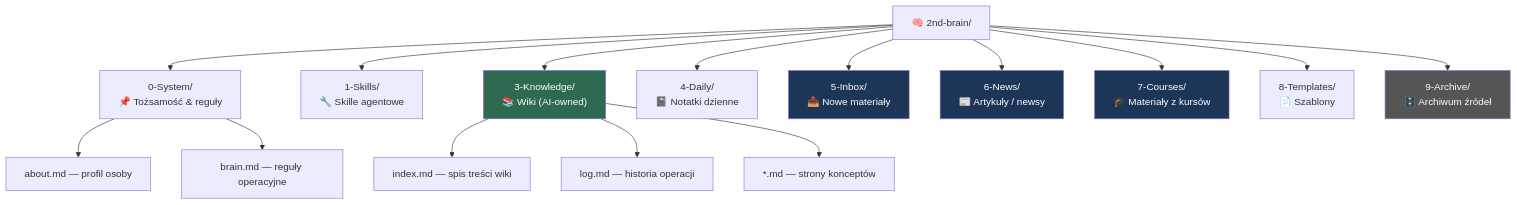
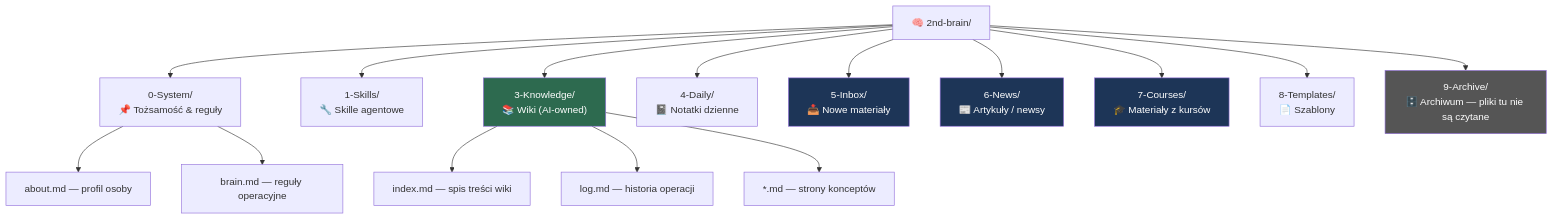
The first of 3 diagrams in 0-System/architecture-diagrams.md (lukasikgrzegorz/2nd-brain), drawn with Mermaid before and after one commit. The commit also changed other lines of this file and 3 other files, not shown here.

````diff
--- a/0-System/architecture-diagrams.md
+++ b/0-System/architecture-diagrams.md
@@ -5,27 +5,27 @@
 ```mermaid
 graph TD
     Brain["🧠 2nd-brain/"]
 
     Brain --> S0["0-System/\n📌 Tożsamość & reguły"]
     Brain --> S1["1-Skills/\n🔧 Skille agentowe"]
     Brain --> S3["3-Knowledge/\n📚 Wiki (AI-owned)"]
     Brain --> S4["4-Daily/\n📓 Notatki dzienne"]
     Brain --> S5["5-Inbox/\n📥 Nowe materiały"]
     Brain --> S6["6-News/\n📰 Artykuły / newsy"]
     Brain --> S7["7-Courses/\n🎓 Materiały z kursów"]
     Brain --> S8["8-Templates/\n📄 Szablony"]
-    Brain --> S9["9-Archive/\n🗄️ Archiwum źródeł"]
+    Brain --> S9["9-Archive/\n🗄️ Archiwum — pliki tu nie są czytane"]
 
     S0 --> about["about.md — profil osoby"]
     S0 --> brainmd["brain.md — reguły operacyjne"]
 
     S3 --> idx["index.md — spis treści wiki"]
     S3 --> log["log.md — historia operacji"]
     S3 --> pages["*.md — strony konceptów"]
 
     style S3 fill:#2d6a4f,color:#fff
     style S5 fill:#1d3557,color:#fff
     style S6 fill:#1d3557,color:#fff
     style S7 fill:#1d3557,color:#fff
     style S9 fill:#555,color:#fff
 ```
````
